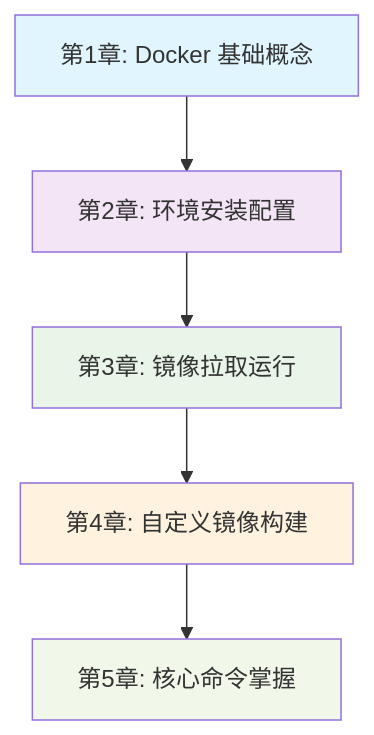
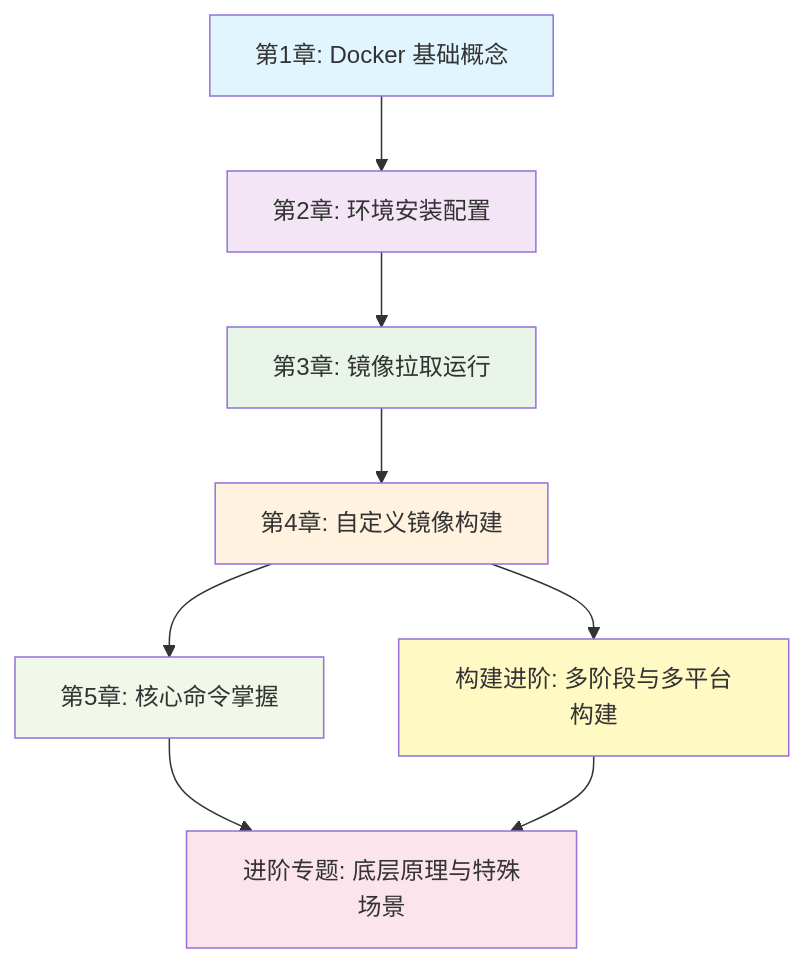
Before and after one commit to ForceInjection/Docker-hands-on-course: the diagram in README.md, drawn with Mermaid. The commit also changed other lines of this file and 1 other file, not shown here.

````diff
--- a/README.md
+++ b/README.md
@@ -20,13 +21,18 @@
 ```mermaid
 flowchart TD
     A[第1章: Docker 基础概念] --> B[第2章: 环境安装配置]
     B --> C[第3章: 镜像拉取运行]
     C --> D[第4章: 自定义镜像构建]
     D --> E[第5章: 核心命令掌握]
-    
+    D --> F[构建进阶: 多阶段与多平台构建]
+    E --> G[进阶专题: 底层原理与特殊场景]
+    F --> G
+
     style A fill:#e1f5fe
     style B fill:#f3e5f5
     style C fill:#e8f5e8
     style D fill:#fff3e0
     style E fill:#f1f8e9
+    style F fill:#fff9c4
+    style G fill:#fce4ec
 ```
````
